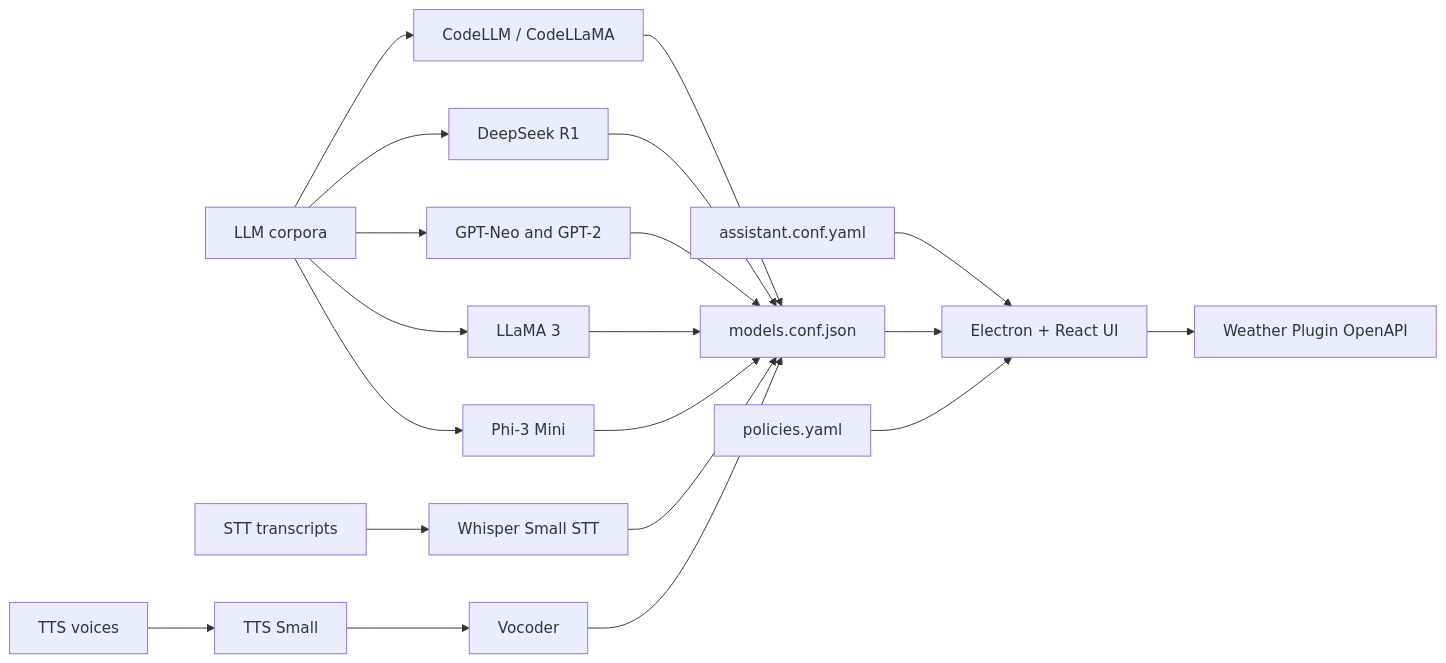
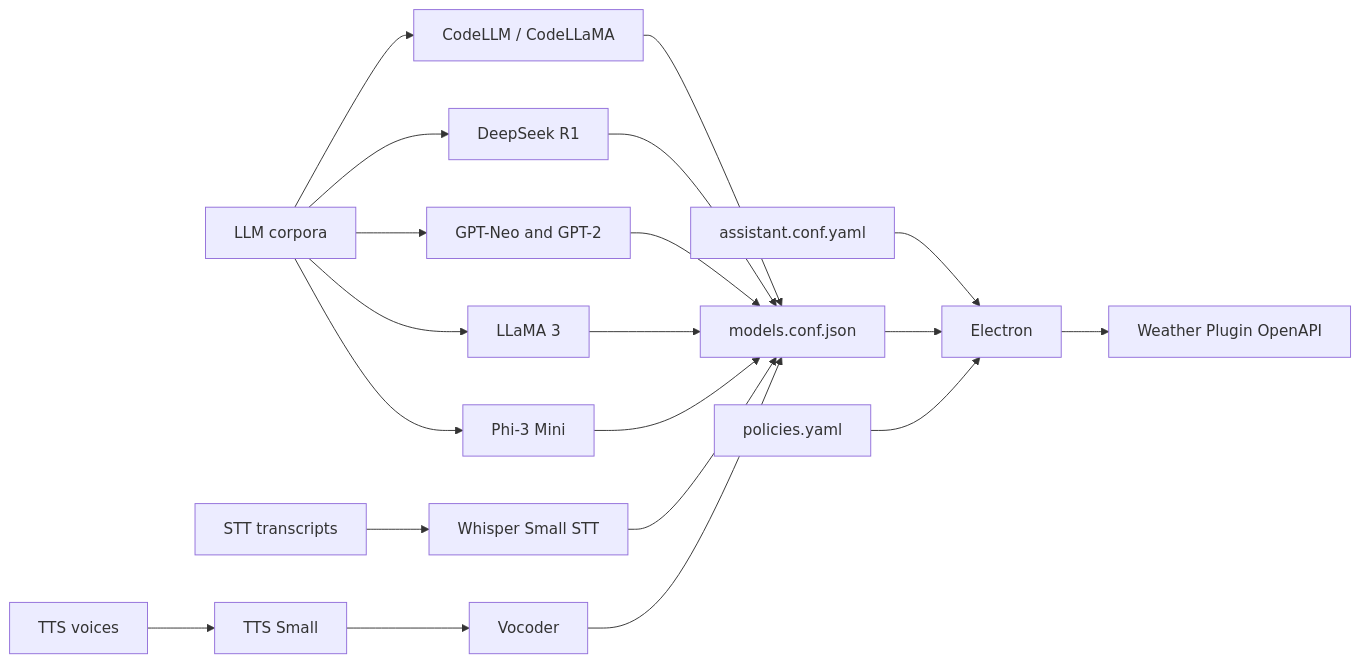
Before and after one commit to IbrokhimN/IJAI: the diagram in README.md, drawn with Mermaid.

````diff
--- a/README.md
+++ b/README.md
@@ -105,50 +105,50 @@
 ```mermaid
 flowchart LR
     %% === DATASETS ===
     D1[LLM corpora]
     D2[STT transcripts]
     D3[TTS voices]
 
     %% === MODELS ===
     M1[CodeLLM / CodeLLaMA]
     M2[DeepSeek R1]
     M3[GPT-Neo and GPT-2]
     M4[LLaMA 3]
     M5[Phi-3 Mini]
     M6[Whisper Small STT]
     M7[TTS Small]
     M8[Vocoder]
 
     %% === CONFIGS ===
     C1[assistant.conf.yaml]
     C2[models.conf.json]
     C3[policies.yaml]
 
     %% === UI & PLUGINS ===
-    U1[Electron + React UI]
+    U1[Electron]
     P1[Weather Plugin OpenAPI]
 
     %% === FLOWS ===
     D1 --> M1
     D1 --> M2
     D1 --> M3
     D1 --> M4
     D1 --> M5
     D2 --> M6
     D3 --> M7 --> M8
 
     M1 --> C2
     M2 --> C2
     M3 --> C2
     M4 --> C2
     M5 --> C2
     M6 --> C2
     M8 --> C2
 
     C1 --> U1
     C2 --> U1
     C3 --> U1
 
     U1 --> P1
 
 ```
````
